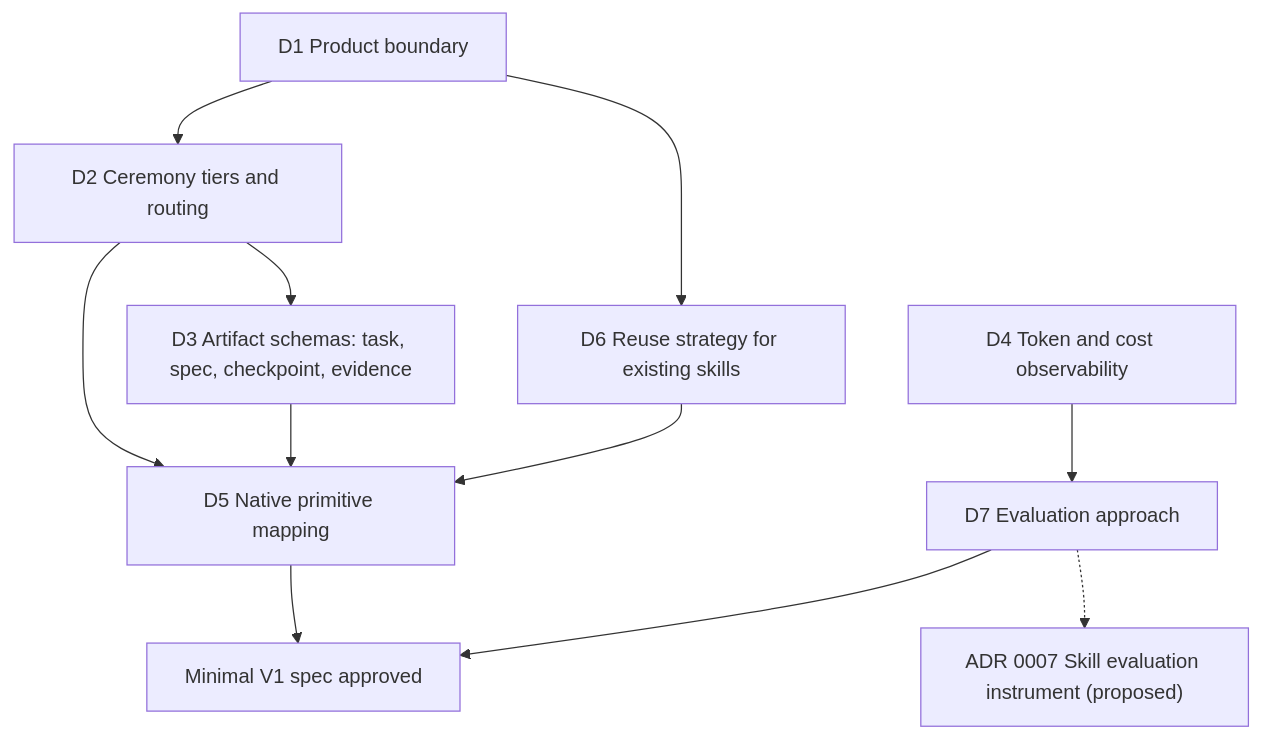
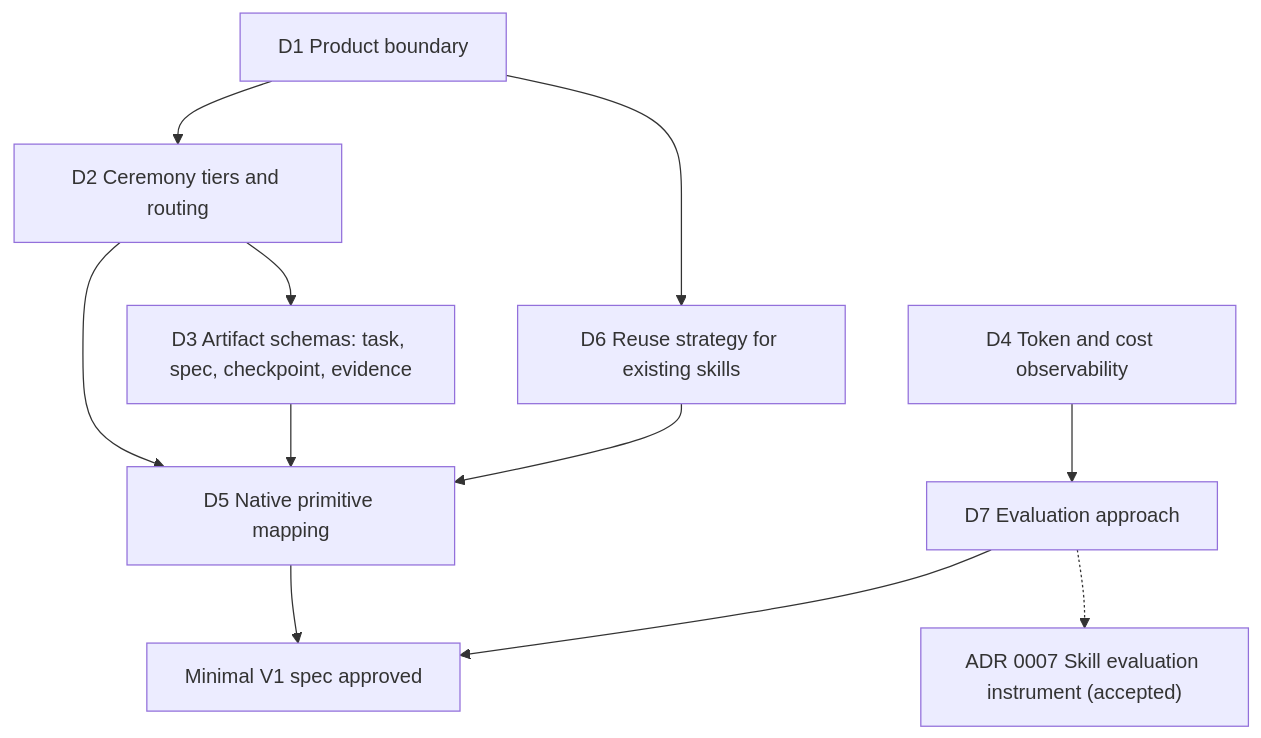
One commit to EduardoShibukawa/G-Inga changed the diagram in docs/decision-map.md. Above: the diagram before and after it, drawn with Mermaid. The commit also changed other lines of this file and 3 other files, not shown here.

````diff
--- a/docs/decision-map.md
+++ b/docs/decision-map.md
@@ -5,13 +5,13 @@
 ```mermaid
 flowchart TD
     D1["D1 Product boundary"] --> D2["D2 Ceremony tiers and routing"]
     D1 --> D6["D6 Reuse strategy for existing skills"]
     D2 --> D3["D3 Artifact schemas: task, spec, checkpoint, evidence"]
     D4["D4 Token and cost observability"] --> D7["D7 Evaluation approach"]
     D2 --> D5["D5 Native primitive mapping"]
     D3 --> D5
     D6 --> D5
     D5 --> V1["Minimal V1 spec approved"]
     D7 --> V1
-    D7 -.-> A7["ADR 0007 Skill evaluation instrument (proposed)"]
+    D7 -.-> A7["ADR 0007 Skill evaluation instrument (accepted)"]
 ```
````
